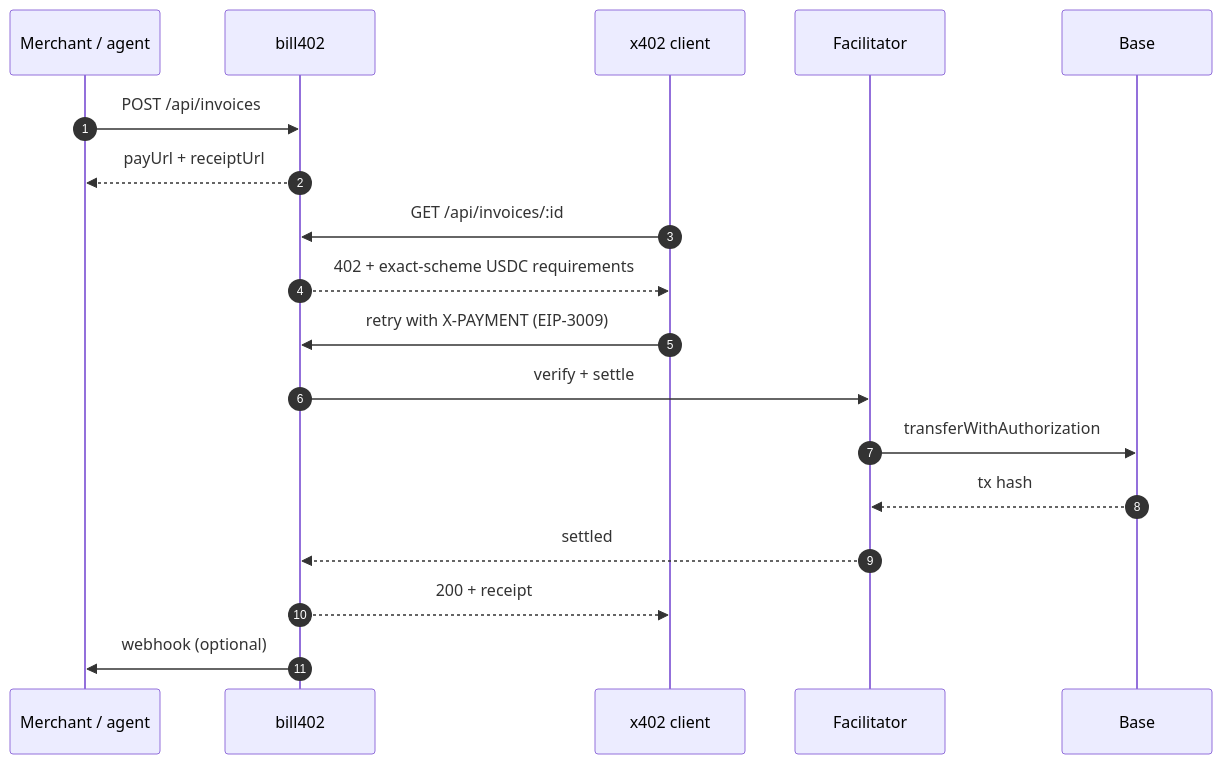
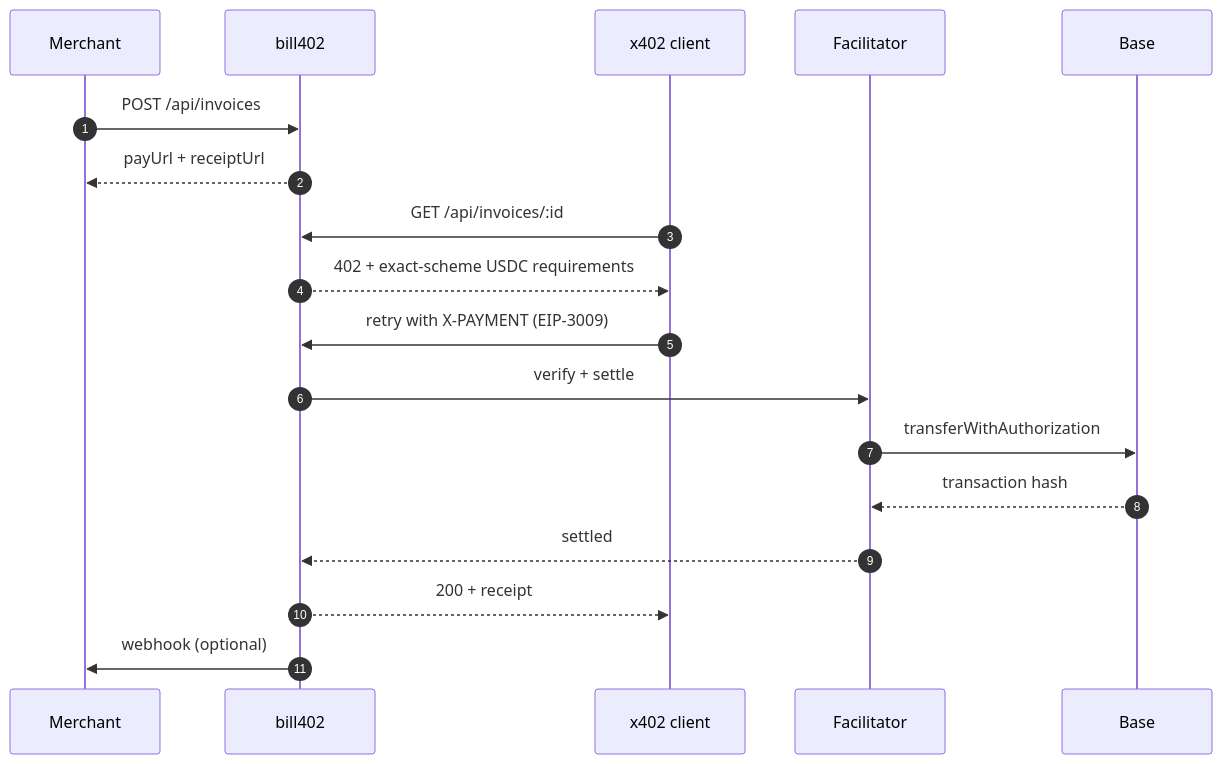
The diagram in bill402/README.md (thesithunyein/bill402), drawn with Mermaid before and after one commit. The commit also changed other lines of this file and 15 other files, not shown here.

````diff
--- a/bill402/README.md
+++ b/bill402/README.md
@@ -31,21 +29,21 @@
 ```mermaid
 sequenceDiagram
   autonumber
-  participant M as Merchant / agent
+  participant M as Merchant
   participant B as bill402
   participant C as x402 client
   participant F as Facilitator
   participant H as Base
 
   M->>B: POST /api/invoices
   B-->>M: payUrl + receiptUrl
   C->>B: GET /api/invoices/:id
   B-->>C: 402 + exact-scheme USDC requirements
   C->>B: retry with X-PAYMENT (EIP-3009)
   B->>F: verify + settle
   F->>H: transferWithAuthorization
-  H-->>F: tx hash
+  H-->>F: transaction hash
   F-->>B: settled
   B-->>C: 200 + receipt
   B->>M: webhook (optional)
 ```
````
